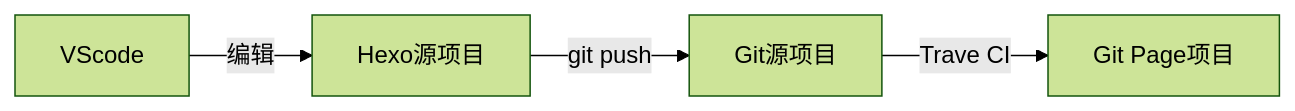
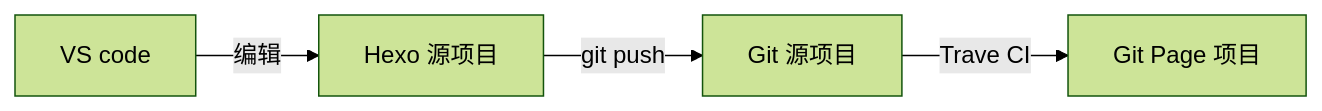
One commit to lich-wang/nextblog changed the diagram in source/_posts/hexo搭建.md. Above: the diagram before and after it, drawn with Mermaid (forest theme). The commit also changed other lines of this file, not shown here.

````diff
--- a/source/_posts/hexo搭建.md
+++ b/source/_posts/hexo搭建.md
@@ -5,8 +36,8 @@
 ```mermaid  
 flowchart LR
 
-A[VScode] -->|编辑| B[Hexo源项目]
-B -->|git push| C[Git源项目]
-C -->|Trave CI| D[Git Page项目]
+A[VS code] -->|编辑| B[Hexo 源项目]
+B -->|git push| C[Git 源项目]
+C -->|Trave CI| D[Git Page 项目]
 
 ```
````
